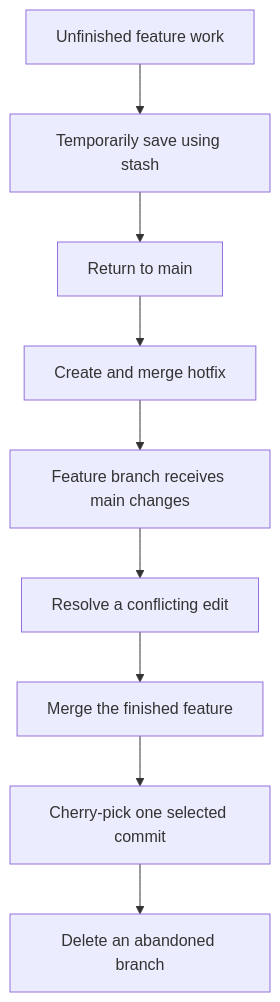
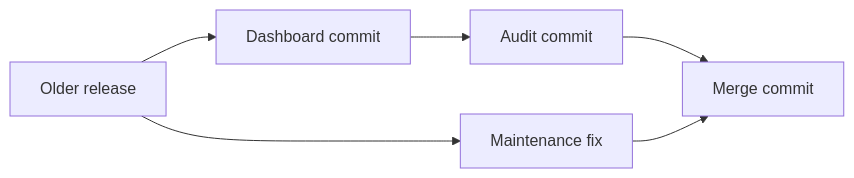
One commit to tg117official/git_and_github_commands changed the diagram in Git_Session_06_Real_World_Branching_Scenarios.md. Above: the diagram before and after it, drawn with Mermaid. The commit also changed other lines of this file, not shown here.

````diff
--- a/Git_Session_06_Real_World_Branching_Scenarios.md
+++ b/Git_Session_06_Real_World_Branching_Scenarios.md
@@ -284,11 +385,8 @@
 ```mermaid
-flowchart TD
-    A[Unfinished feature work] --> B[Temporarily save using stash]
-    B --> C[Return to main]
-    C --> D[Create and merge hotfix]
-    D --> E[Feature branch receives main changes]
-    E --> F[Resolve a conflicting edit]
-    F --> G[Merge the finished feature]
-    G --> H[Cherry-pick one selected commit]
-    H --> I[Delete an abandoned branch]
+flowchart LR
+    A[Older release] --> B[Dashboard commit]
+    B --> C[Audit commit]
+    A --> D[Maintenance fix]
+    C --> E[Merge commit]
+    D --> E
 ```
````
